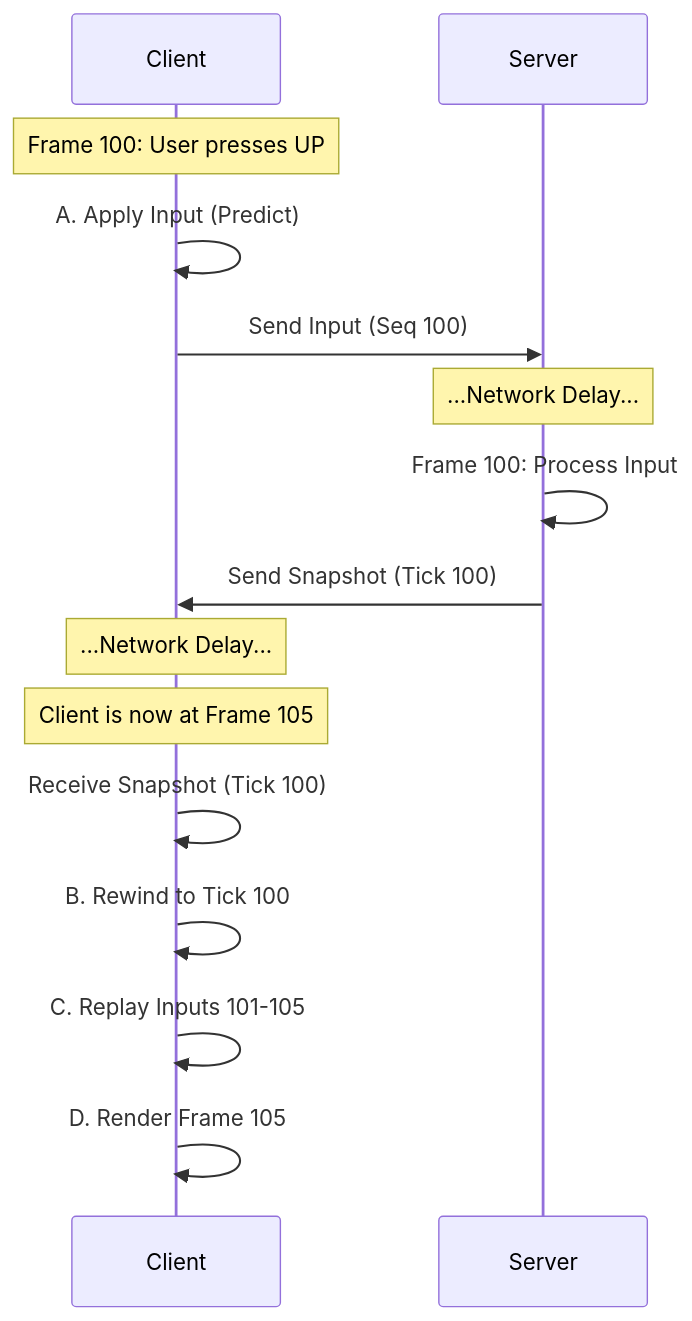
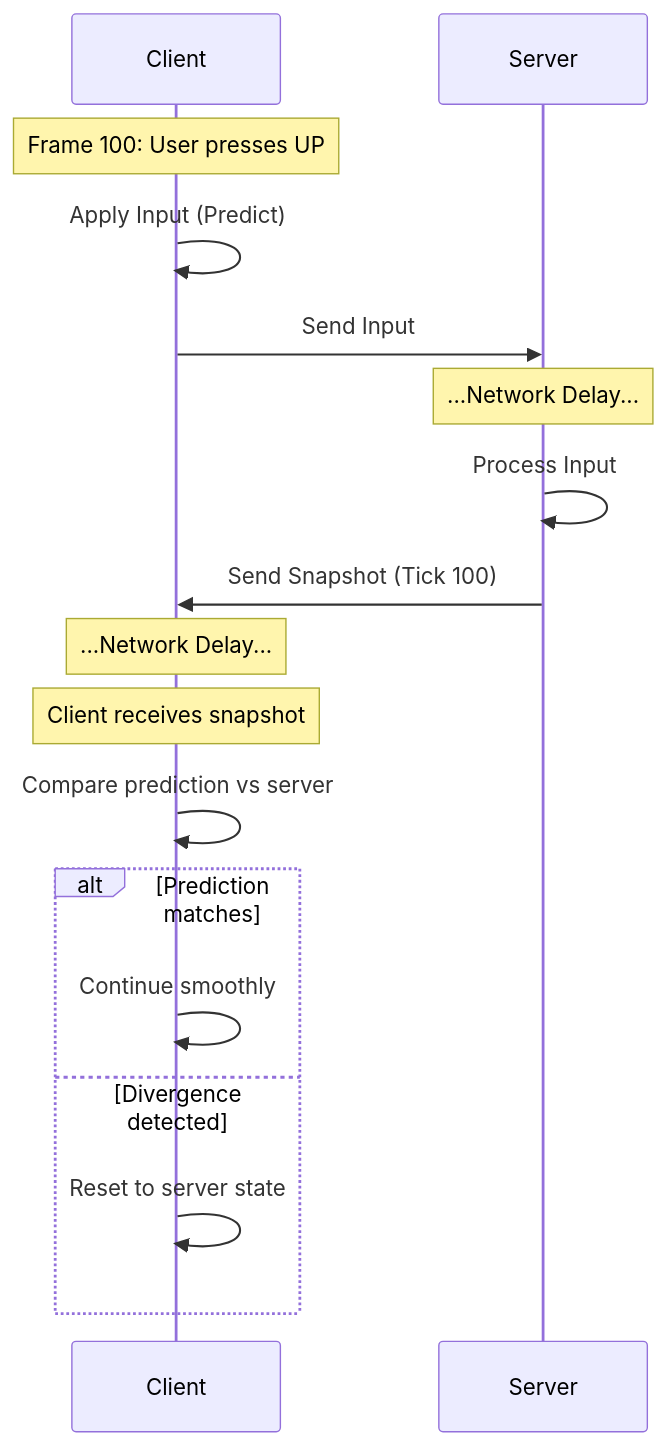
The third of 3 diagrams in ARTICLE.md (rgilks/pongo), drawn with Mermaid before and after one commit. The commit also changed other lines of this file, not shown here.

Commit message:
Update article: fix diagrams to reflect actual implementation

````diff
--- a/ARTICLE.md
+++ b/ARTICLE.md
@@ -125,22 +135,24 @@
 ```mermaid
 sequenceDiagram
     participant Client
     participant Server
 
     Note over Client: Frame 100: User presses UP
-    Client->>Client: A. Apply Input (Predict)
-    Client->>Server: Send Input (Seq 100)
+    Client->>Client: Apply Input (Predict)
+    Client->>Server: Send Input
     
     Note over Server: ...Network Delay...
     
-    Server->>Server: Frame 100: Process Input
+    Server->>Server: Process Input
     Server->>Client: Send Snapshot (Tick 100)
     
     Note over Client: ...Network Delay...
     
-    Note over Client: Client is now at Frame 105
-    Client->>Client: Receive Snapshot (Tick 100)
-    Client->>Client: B. Rewind to Tick 100
-    Client->>Client: C. Replay Inputs 101-105
-    Client->>Client: D. Render Frame 105
+    Note over Client: Client receives snapshot
+    Client->>Client: Compare prediction vs server
+    alt Prediction matches
+        Client->>Client: Continue smoothly
+    else Divergence detected
+        Client->>Client: Reset to server state
+    end
 ```
````
